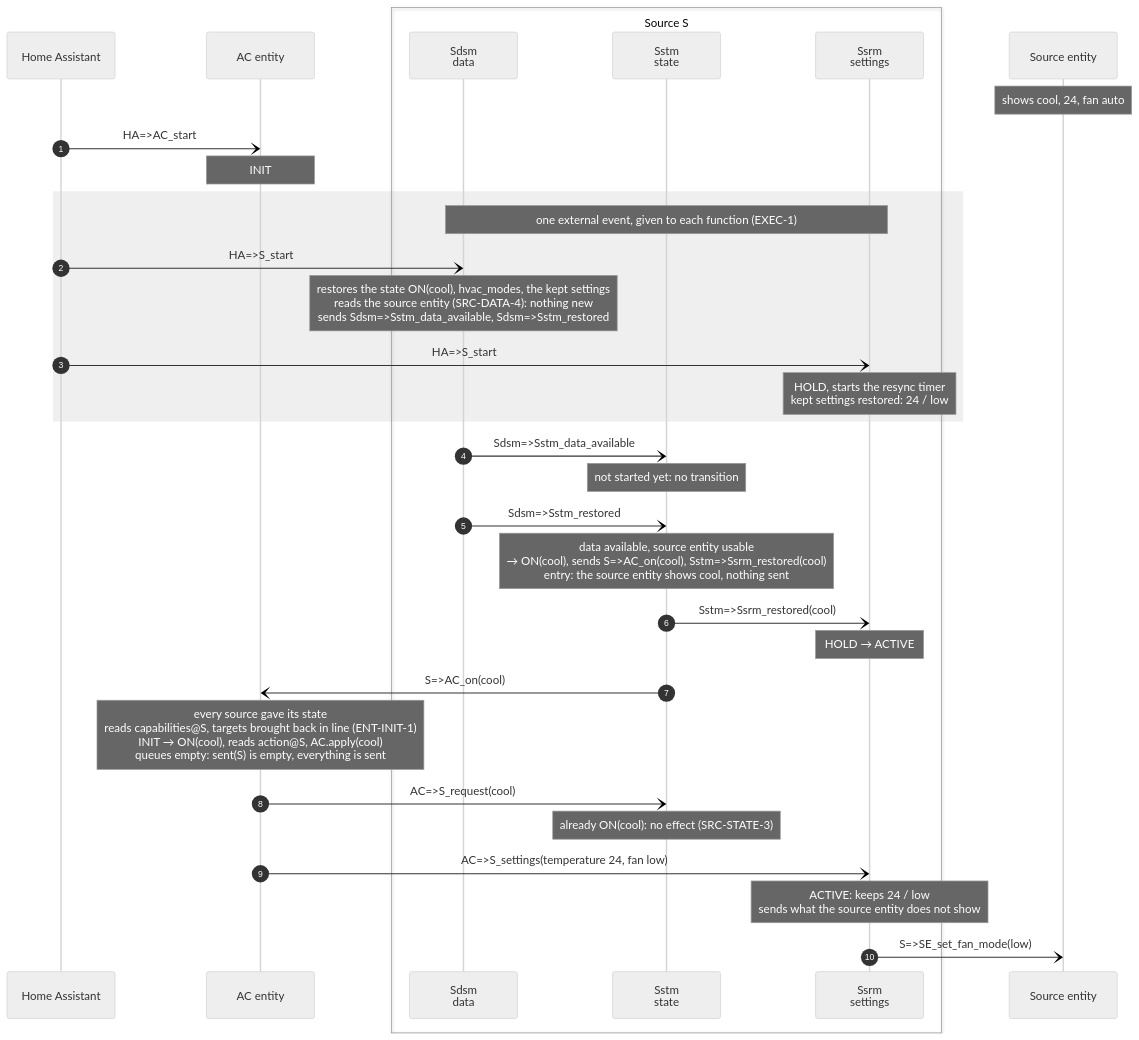
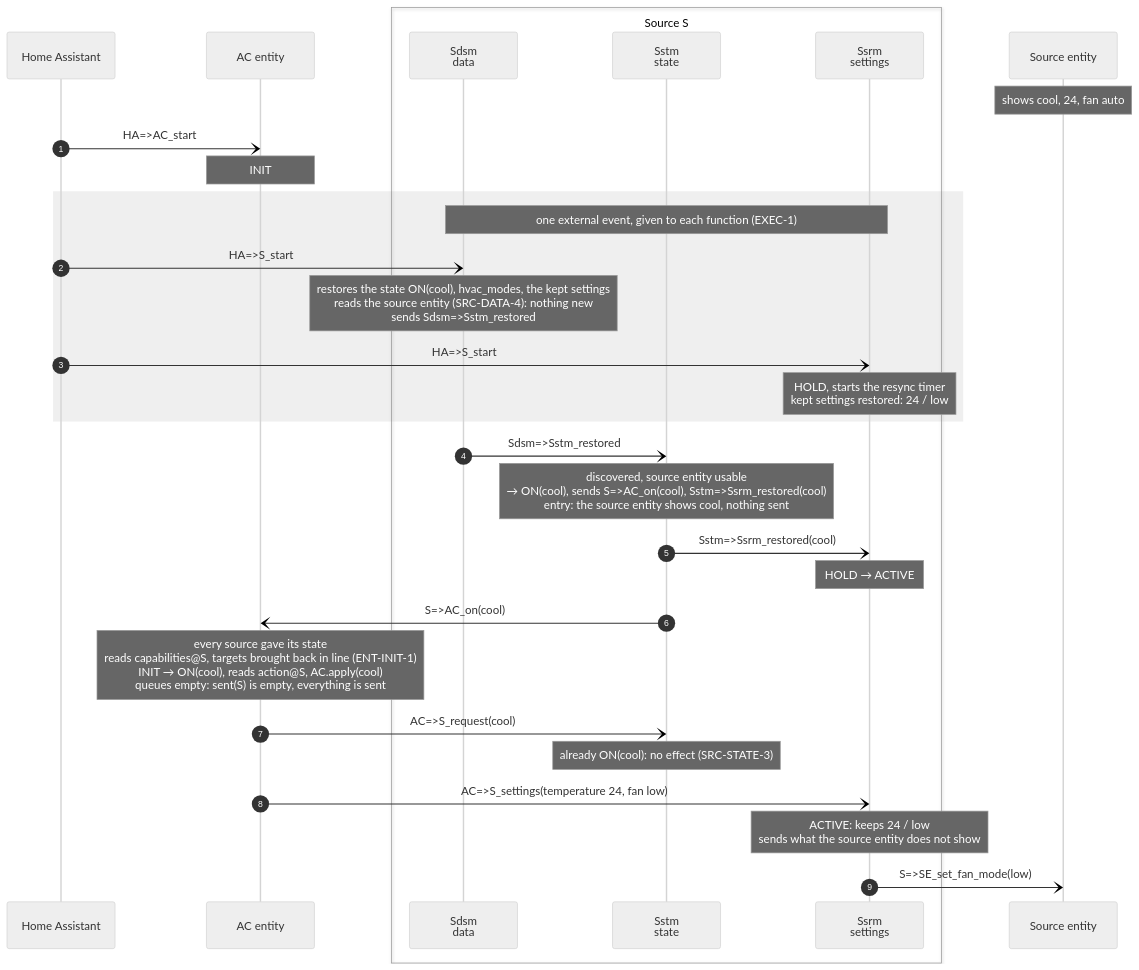
One commit to marsoupilami25/adaptative-climate changed diagram 19 of 21 in SPEC.md. Above: the diagram before and after it, drawn with Mermaid (neutral theme). The commit also changed other lines of this file, not shown here.

````diff
--- a/SPEC.md
+++ b/SPEC.md
@@ -3276,36 +3629,34 @@
 ```mermaid
 sequenceDiagram
     autonumber
     participant HA as Home Assistant
     participant AC as AC entity
     box Source S
         participant Sdsm as Sdsm<br/>data
         participant Sstm as Sstm<br/>state
         participant Ssrm as Ssrm<br/>settings
     end
     participant SE as Source entity
 
     Note over SE: shows cool, 24, fan auto
     HA-)AC: HA=>AC_start
     Note over AC: INIT
     rect rgba(127, 127, 127, 0.12)
         Note over Sdsm,Ssrm: one external event, given to each function (EXEC-1)
         HA-)Sdsm: HA=>S_start
-        Note over Sdsm: restores the state ON(cool), hvac_modes, the kept settings<br/>reads the source entity (SRC-DATA-4): nothing new<br/>sends Sdsm=>Sstm_data_available, Sdsm=>Sstm_restored
+        Note over Sdsm: restores the state ON(cool), hvac_modes, the kept settings<br/>reads the source entity (SRC-DATA-4): nothing new<br/>sends Sdsm=>Sstm_restored
         HA-)Ssrm: HA=>S_start
         Note over Ssrm: HOLD, starts the resync timer<br/>kept settings restored: 24 / low
     end
-    Sdsm-)Sstm: Sdsm=>Sstm_data_available
-    Note over Sstm: not started yet: no transition
     Sdsm-)Sstm: Sdsm=>Sstm_restored
-    Note over Sstm: data available, source entity usable<br/>→ ON(cool), sends S=>AC_on(cool), Sstm=>Ssrm_restored(cool)<br/>entry: the source entity shows cool, nothing sent
+    Note over Sstm: discovered, source entity usable<br/>→ ON(cool), sends S=>AC_on(cool), Sstm=>Ssrm_restored(cool)<br/>entry: the source entity shows cool, nothing sent
     Sstm-)Ssrm: Sstm=>Ssrm_restored(cool)
     Note over Ssrm: HOLD → ACTIVE
     Sstm-)AC: S=>AC_on(cool)
     Note over AC: every source gave its state<br/>reads capabilities@S, targets brought back in line (ENT-INIT-1)<br/>INIT → ON(cool), reads action@S, AC.apply(cool)<br/>queues empty: sent(S) is empty, everything is sent
     AC-)Sstm: AC=>S_request(cool)
     Note over Sstm: already ON(cool): no effect (SRC-STATE-3)
     AC-)Ssrm: AC=>S_settings(temperature 24, fan low)
     Note over Ssrm: ACTIVE: keeps 24 / low<br/>sends what the source entity does not show
     Ssrm-)SE: S=>SE_set_fan_mode(low)
 ```
````
